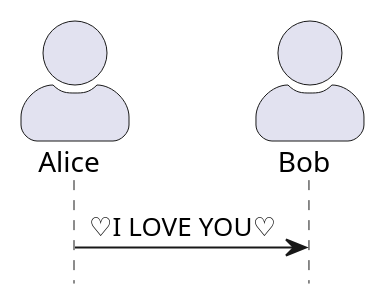
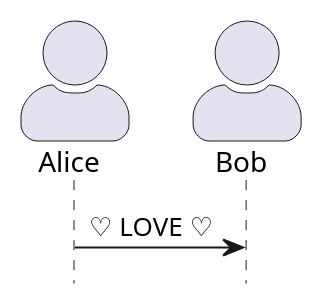
The diagram in sample1.pu (FujikawaHirono0520/ohara_uml), drawn with PlantUML before and after one commit.

Commit message:
test3_uml

```diff
--- a/sample1.pu
+++ b/sample1.pu
@@ -1,7 +1,7 @@
 @startuml
 skinparam actorStyle awesome
 actor Alice
 actor Bob
-Alice -> Bob : ♡I LOVE YOU♡
+Alice -> Bob : ♡ LOVE ♡
 hide footbox
 @enduml
```
